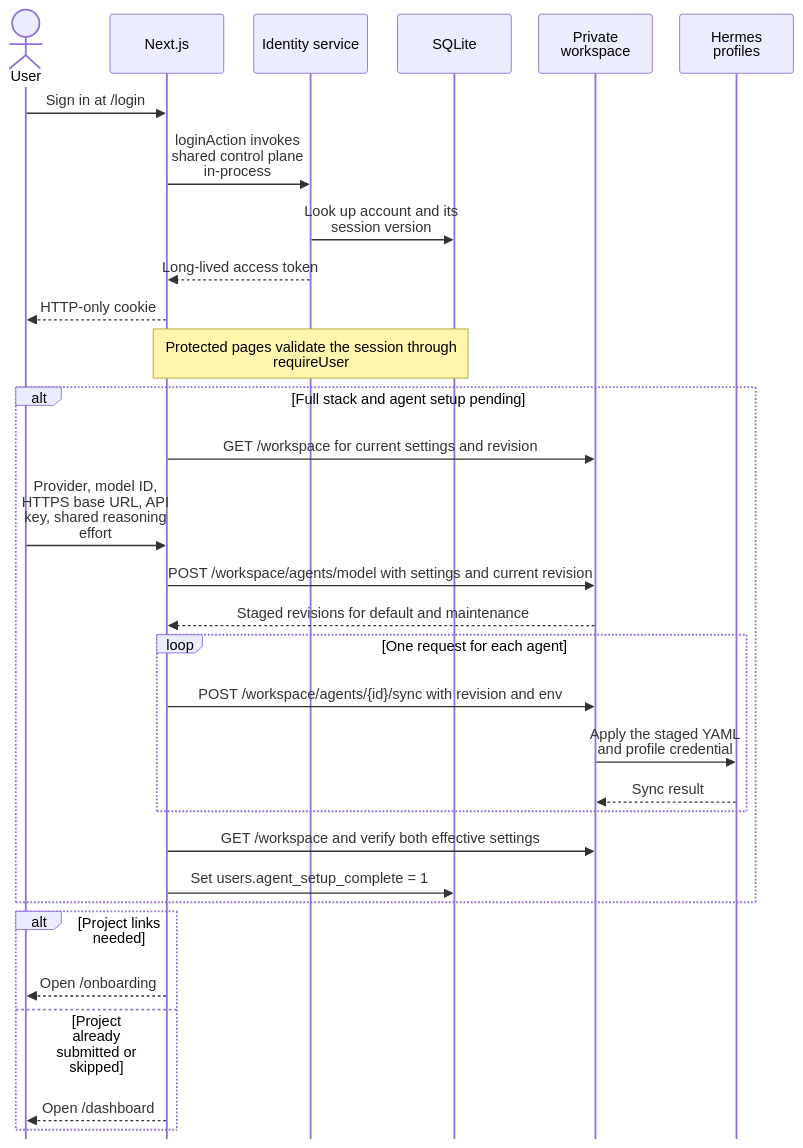
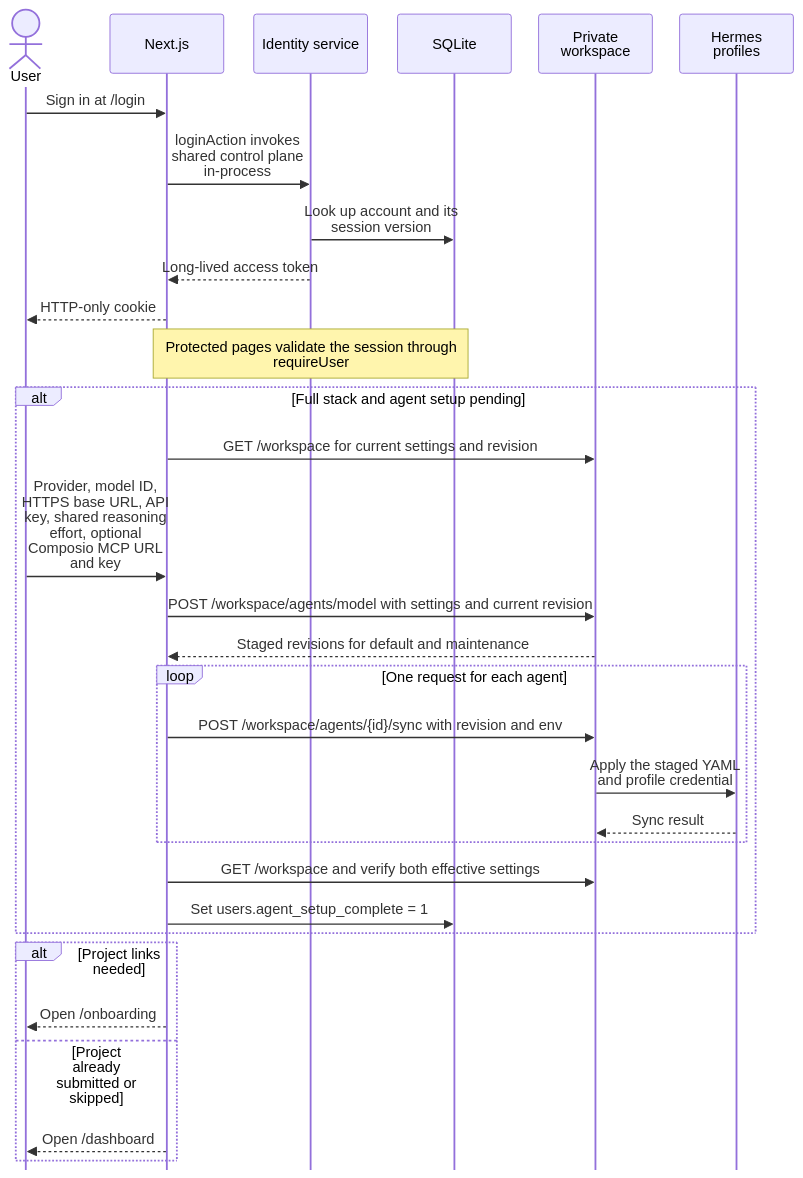
The second of 6 diagrams in docs/architecture.md (openmarketing-agency/openmarketing.agency), drawn with Mermaid before and after one commit. The commit also changed other lines of this file and 48 other files, not shown here.

First line of the commit message:
feat(console): move Composio to the default agent's MCP config

````diff
--- a/docs/architecture.md
+++ b/docs/architecture.md
@@ -52,43 +51,43 @@
 ```mermaid
 ---
 config:
   sequence:
     actorMargin: 30
     width: 125
     diagramMarginX: 12
     wrap: true
     mirrorActors: false
 ---
 sequenceDiagram
     actor User
     participant Next as Next.js
     participant Identity as Identity service
     participant DB as SQLite
     participant WS as Private workspace
     participant H as Hermes profiles
 
     User->>Next: Sign in at /login
     Next->>Identity: loginAction invokes shared control plane in-process
     Identity->>DB: Look up account and its session version
     Identity-->>Next: Long-lived access token
     Next-->>User: HTTP-only cookie
     Note over Next,DB: Protected pages validate the session through requireUser
     alt Full stack and agent setup pending
         Next->>WS: GET /workspace for current settings and revision
-        User->>Next: Provider, model ID, HTTPS base URL, API key, shared reasoning effort
+        User->>Next: Provider, model ID, HTTPS base URL, API key, shared reasoning effort, optional Composio MCP URL and key
         Next->>WS: POST /workspace/agents/model with settings and current revision
         WS-->>Next: Staged revisions for default and maintenance
         loop One request for each agent
             Next->>WS: POST /workspace/agents/{id}/sync with revision and env
             WS->>H: Apply the staged YAML and profile credential
             H-->>WS: Sync result
         end
         Next->>WS: GET /workspace and verify both effective settings
         Next->>DB: Set users.agent_setup_complete = 1
     end
     alt Project links needed
         Next-->>User: Open /onboarding
     else Project already submitted or skipped
         Next-->>User: Open /dashboard
     end
 ```
````
